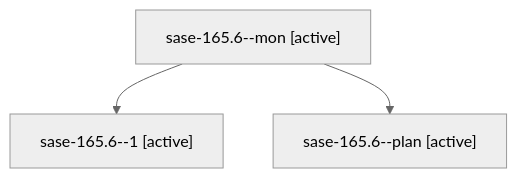
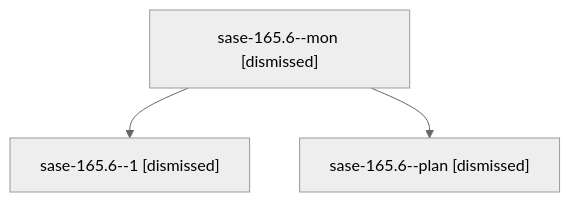
The diagram in sessions/bbugyi200.athena.sase-165.6.md (sase-org/sase--agents), drawn with Mermaid (neutral theme) before and after one commit. The commit also changed other lines of this file and 93 other files, not shown here.

````diff
--- a/sessions/bbugyi200.athena.sase-165.6.md
+++ b/sessions/bbugyi200.athena.sase-165.6.md
@@ -9,8 +9,8 @@
 ```mermaid
 flowchart TD
-  n0["sase-165.6--mon [active]"]
-  n1["sase-165.6--1 [active]"]
+  n0["sase-165.6--mon [dismissed]"]
+  n1["sase-165.6--1 [dismissed]"]
   n0 --> n1
-  n2["sase-165.6--plan [active]"]
+  n2["sase-165.6--plan [dismissed]"]
   n0 --> n2
 ```
````
